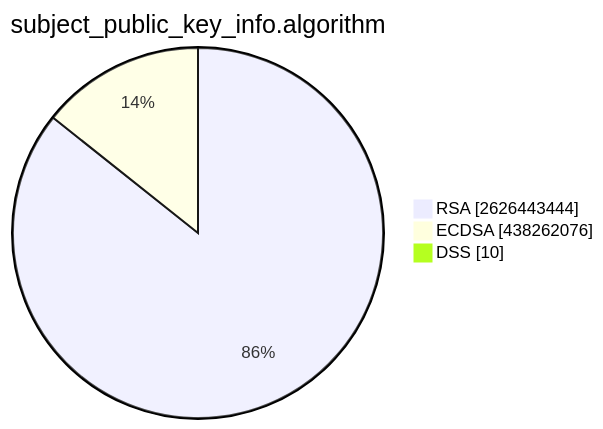
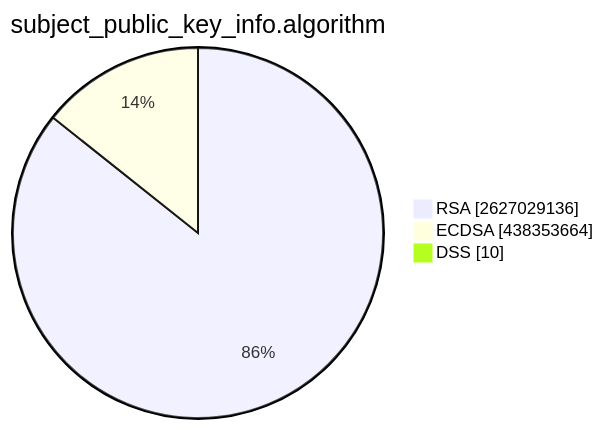
The second of 15 diagrams in TOTAL/README.md (christiankrug/ctmonitor_visualization), drawn with Mermaid before and after one commit. The commit also changed other lines of this file, not shown here.

````diff
--- a/TOTAL/README.md
+++ b/TOTAL/README.md
@@ -6,7 +6,7 @@
 ```mermaid
 pie showData
 title subject_public_key_info.algorithm
-"RSA" :2626443444
-"ECDSA" :438262076
+"RSA" :2627029136
+"ECDSA" :438353664
 "DSS" :10
 ```
````
